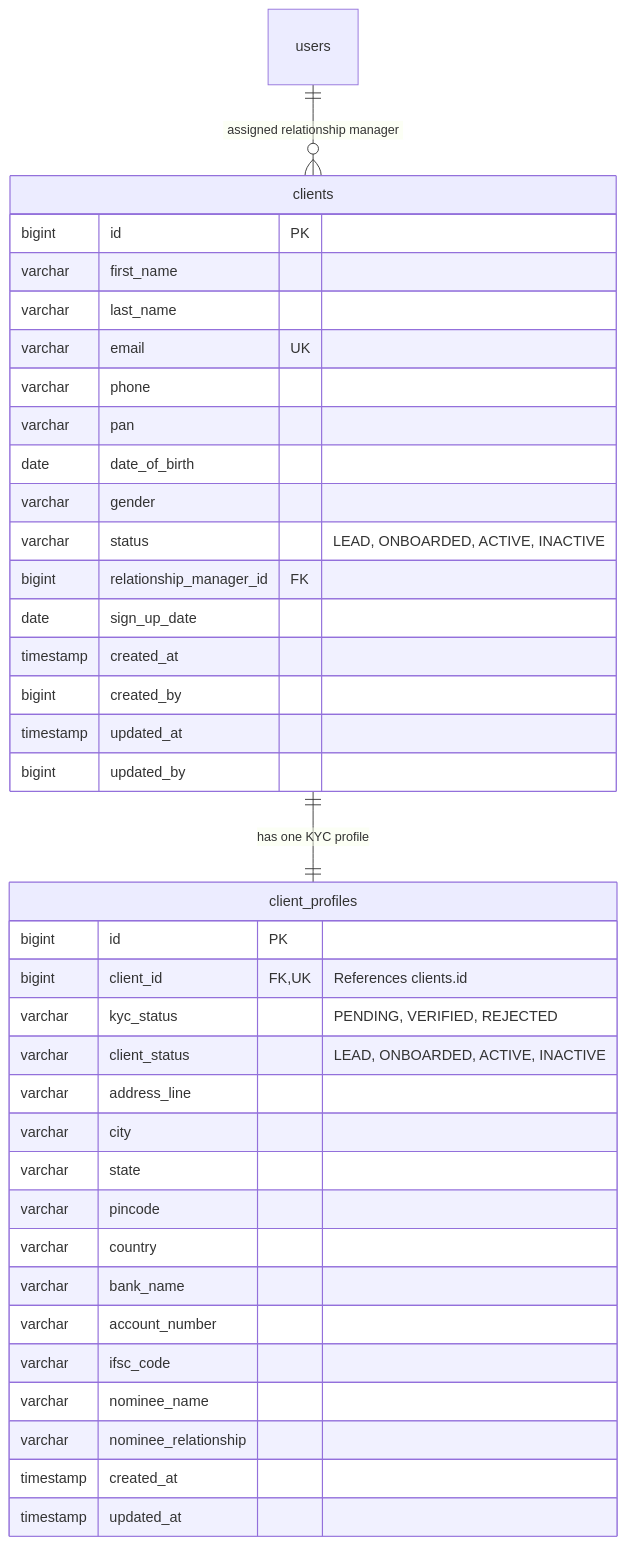
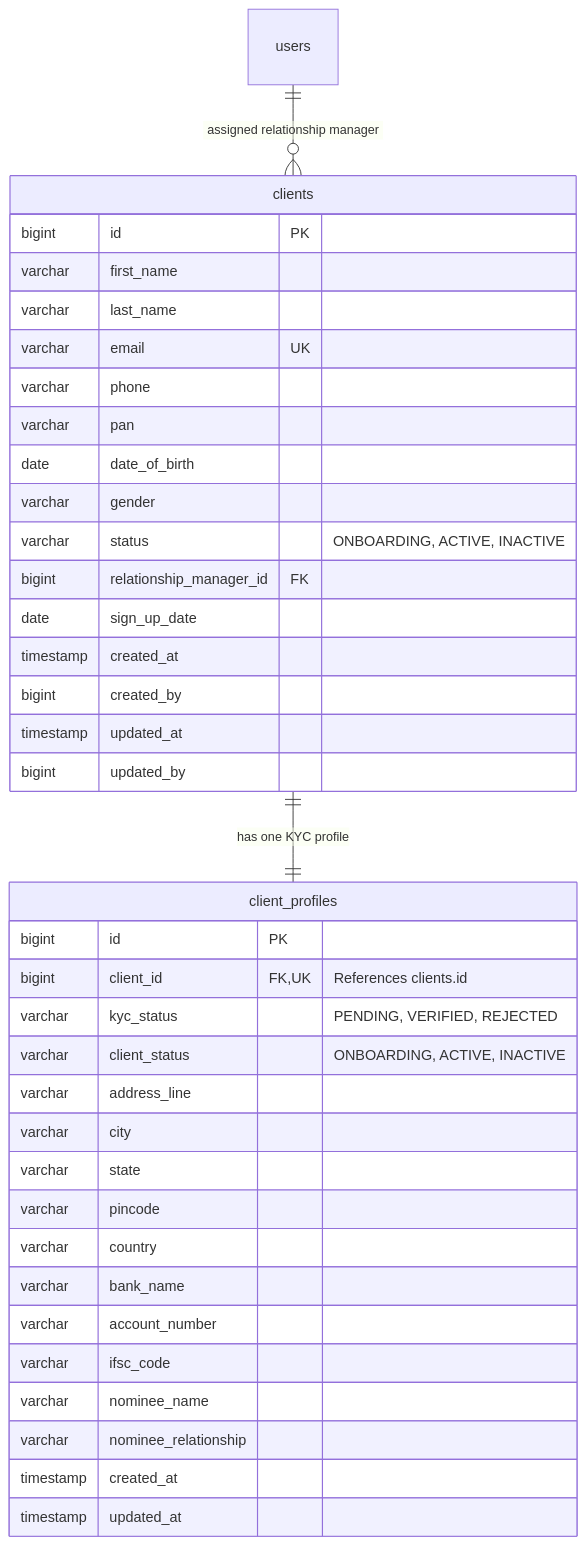
The fifth of 5 diagrams in docs/Java_Draft.md (NatsuDrag9/wealth-tech-crm), drawn with Mermaid before and after one commit. The commit also changed other lines of this file and 3 other files, not shown here.

Commit message:
refactor(customer): streamline client status lifecycle to ONBOARDING, ACTIVE, INACTIVE

````diff
--- a/docs/Java_Draft.md
+++ b/docs/Java_Draft.md
@@ -202,42 +201,42 @@
 ```mermaid
 erDiagram
     users ||--o{ clients : "assigned relationship manager"
     clients ||--|| client_profiles : "has one KYC profile"
 
     clients {
         bigint id PK
         varchar first_name
         varchar last_name
         varchar email UK
         varchar phone
         varchar pan
         date date_of_birth
         varchar gender
-        varchar status "LEAD, ONBOARDED, ACTIVE, INACTIVE"
+        varchar status "ONBOARDING, ACTIVE, INACTIVE"
         bigint relationship_manager_id FK
         date sign_up_date
         timestamp created_at
         bigint created_by
         timestamp updated_at
         bigint updated_by
     }
 
     client_profiles {
         bigint id PK
         bigint client_id FK,UK "References clients.id"
         varchar kyc_status "PENDING, VERIFIED, REJECTED"
-        varchar client_status "LEAD, ONBOARDED, ACTIVE, INACTIVE"
+        varchar client_status "ONBOARDING, ACTIVE, INACTIVE"
         varchar address_line
         varchar city
         varchar state
         varchar pincode
         varchar country
         varchar bank_name
         varchar account_number
         varchar ifsc_code
         varchar nominee_name
         varchar nominee_relationship
         timestamp created_at
         timestamp updated_at
     }
 ```
````
